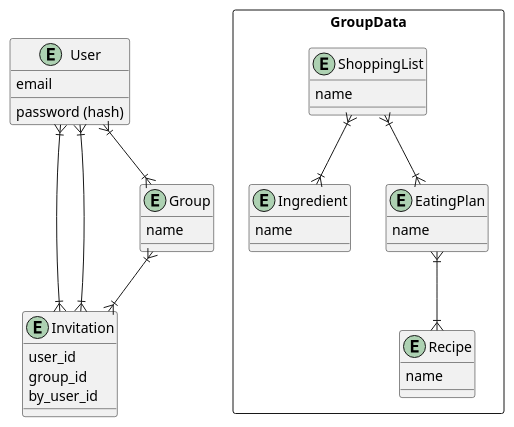
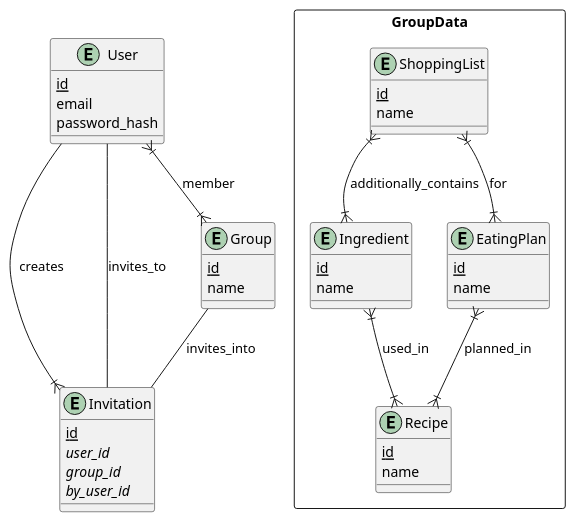
One commit to jeyj0/shopping-list-manager changed the diagram in README.org. Above: the diagram before and after it, drawn with PlantUML. The commit also changed 1 other file, not shown here.

Commit message:
add missing relationship names

```diff
--- a/README.org
+++ b/README.org
@@ -23,37 +23,45 @@
 #+begin_src plantuml :file data-model.png
   package GroupData <<Rectangle>> {
     entity Ingredient {
+	{static} id
 	name
     }
     entity Recipe {
+	{static} id
 	name
     }
     entity EatingPlan {
+	{static} id
 	name
     }
     entity ShoppingList {
+	{static} id
 	name
     }
   }
   entity User {
+       {static} id
        email
-       password (hash)
+       password_hash
   }
   entity Invitation {
-       user_id
-       group_id
-       by_user_id
+       {static} id
+       {abstract} user_id
+       {abstract} group_id
+       {abstract} by_user_id
   }
   entity Group {
+       {static} id
        name
   }
 
-  User }|--|{ Group
-  User }|--|{ Invitation
-  User }|--|{ Invitation
-  Group }|--|{ Invitation
+  User }|--|{ Group : member
+  User --|{ Invitation : creates
+  User -- Invitation : invites_to
+  Group -- Invitation : invites_into
 
-  EatingPlan }|--|{ Recipe
-  ShoppingList }|--|{ EatingPlan
-  ShoppingList }|--|{ Ingredient
+  Ingredient }|--|{ Recipe : used_in
+  EatingPlan }|--|{ Recipe : planned_in
+  ShoppingList }|--|{ EatingPlan : for
+  ShoppingList }|--|{ Ingredient : additionally_contains
 #+end_src
```
